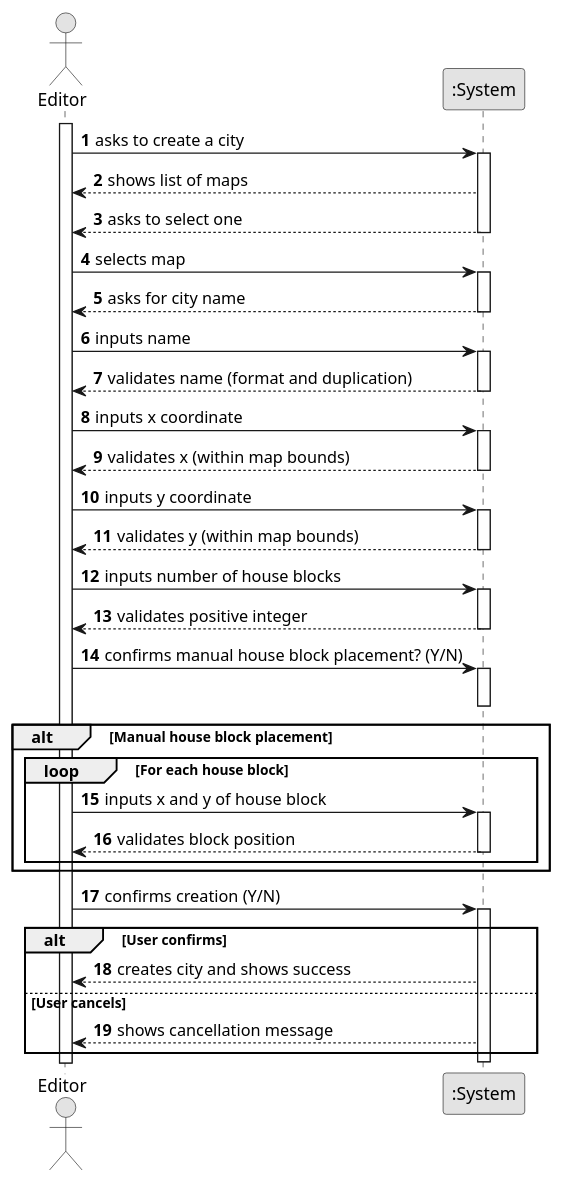
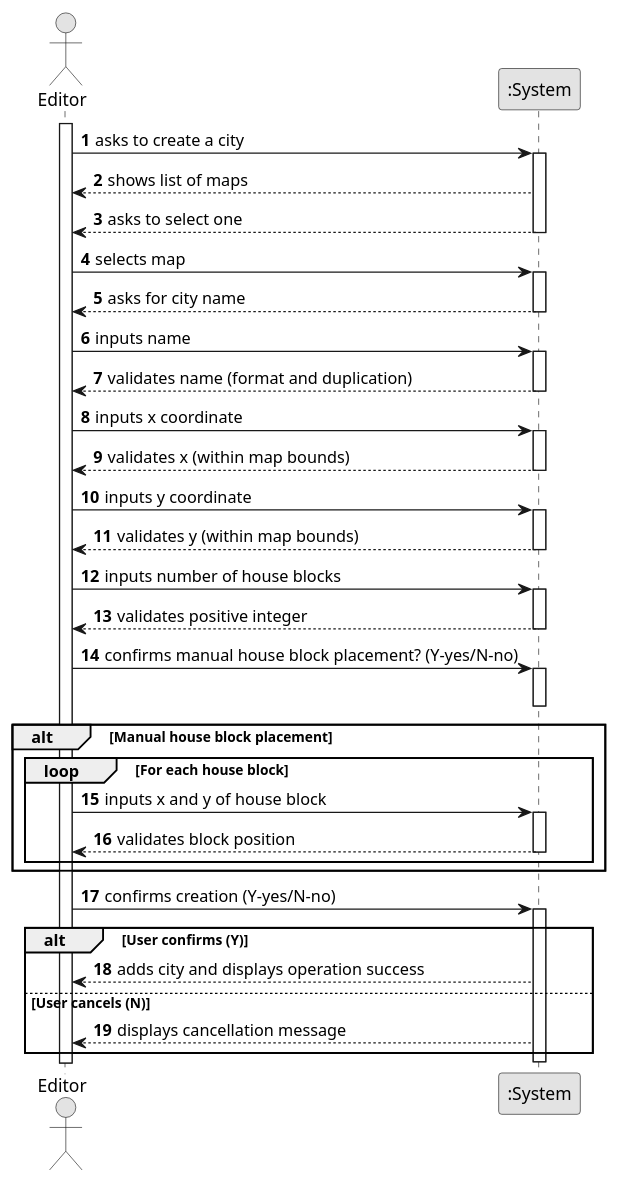
The diagram in docs/system-documentation/US003/01.requirements-engineering/puml/US003-SSD.puml (bruno-monteiro5/sem2-pi-24.25-g132-repo), drawn with PlantUML before and after one commit. The commit also changed 3 other files, not shown here.

```diff
--- a/docs/system-documentation/US003/01.requirements-engineering/puml/US003-SSD.puml
+++ b/docs/system-documentation/US003/01.requirements-engineering/puml/US003-SSD.puml
@@ -1,73 +1,73 @@
 @startuml
 skinparam monochrome true
 skinparam packageStyle rectangle
 skinparam shadowing false
 
 autonumber
 
 actor "Editor" as Editor
 participant ":System" as System
 
 activate Editor
 
     Editor -> System : asks to create a city
     activate System
 
         System --> Editor : shows list of maps
         System --> Editor : asks to select one
     deactivate System
 
     Editor -> System : selects map
     activate System
 
         System --> Editor : asks for city name
     deactivate System
 
     Editor -> System : inputs name
     activate System
 
         System --> Editor : validates name (format and duplication)
     deactivate System
 
     Editor -> System : inputs x coordinate
     activate System
         System --> Editor : validates x (within map bounds)
     deactivate System
 
     Editor -> System : inputs y coordinate
     activate System
         System --> Editor : validates y (within map bounds)
     deactivate System
 
     Editor -> System : inputs number of house blocks
     activate System
         System --> Editor : validates positive integer
     deactivate System
 
-    Editor -> System : confirms manual house block placement? (Y/N)
+    Editor -> System : confirms manual house block placement? (Y-yes/N-no)
     activate System
     deactivate System
 
     alt Manual house block placement
 
         loop For each house block
             Editor -> System : inputs x and y of house block
             activate System
                 System --> Editor : validates block position
             deactivate System
         end
 
     end
 
-    Editor -> System : confirms creation (Y/N)
+    Editor -> System : confirms creation (Y-yes/N-no)
     activate System
 
-        alt User confirms
-            System --> Editor : creates city and shows success
-        else User cancels
-            System --> Editor : shows cancellation message
+        alt User confirms (Y)
+            System --> Editor : adds city and displays operation success
+        else User cancels (N)
+            System --> Editor : displays cancellation message
         end
 
     deactivate System
 
 @enduml
```
